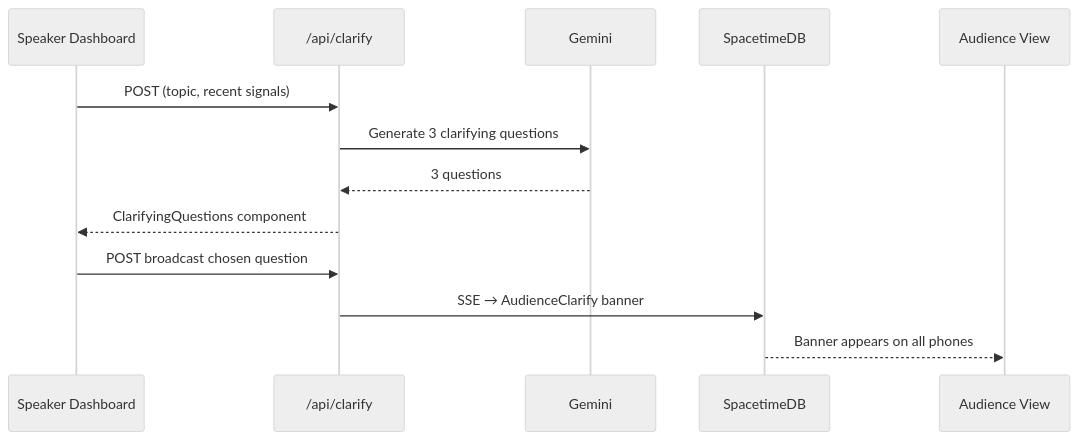
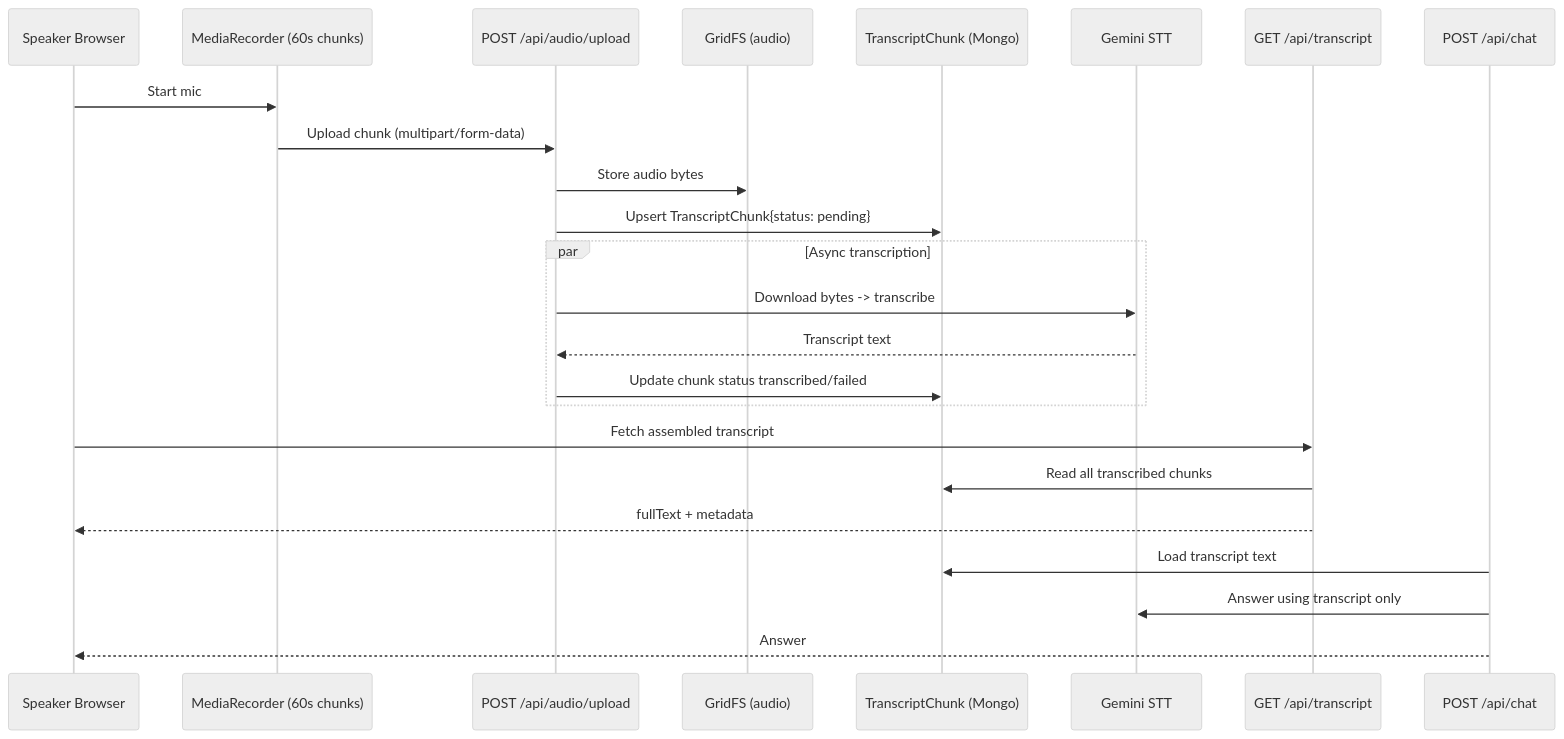
One commit to arvinder004/PULSE_HACKBYTE4.0 changed the sixth of 8 diagrams in PULSE_ARCHITECTUREPLAN.md. Above: the diagram before and after it, drawn with Mermaid (neutral theme). The commit also changed other lines of this file and 2 other files, not shown here.

````diff
--- a/PULSE_ARCHITECTUREPLAN.md
+++ b/PULSE_ARCHITECTUREPLAN.md
@@ -447,16 +226,27 @@
 ```mermaid
 sequenceDiagram
-    participant SpkUI as Speaker Dashboard
-    participant ClarAPI as /api/clarify
-    participant Gem as Gemini
-    participant STDB as SpacetimeDB
-    participant AudUI as Audience View
+  participant Spk as Speaker Browser
+  participant Rec as MediaRecorder (60s chunks)
+  participant Up as POST /api/audio/upload
+  participant FS as GridFS (audio)
+  participant T as TranscriptChunk (Mongo)
+  participant Gem as Gemini STT
+  participant Tr as GET /api/transcript
+  participant Chat as POST /api/chat
 
-    SpkUI->>ClarAPI: POST (topic, recent signals)
-    ClarAPI->>Gem: Generate 3 clarifying questions
-    Gem-->>ClarAPI: 3 questions
-    ClarAPI-->>SpkUI: ClarifyingQuestions component
-    SpkUI->>ClarAPI: POST broadcast chosen question
-    ClarAPI->>STDB: SSE → AudienceClarify banner
-    STDB-->>AudUI: Banner appears on all phones
+  Spk->>Rec: Start mic
+  Rec->>Up: Upload chunk (multipart/form-data)
+  Up->>FS: Store audio bytes
+  Up->>T: Upsert TranscriptChunk{status: pending}
+  par Async transcription
+    Up->>Gem: Download bytes -> transcribe
+    Gem-->>Up: Transcript text
+    Up->>T: Update chunk status transcribed/failed
+  end
+  Spk->>Tr: Fetch assembled transcript
+  Tr->>T: Read all transcribed chunks
+  Tr-->>Spk: fullText + metadata
+  Chat->>T: Load transcript text
+  Chat->>Gem: Answer using transcript only
+  Chat-->>Spk: Answer
 ```
````
